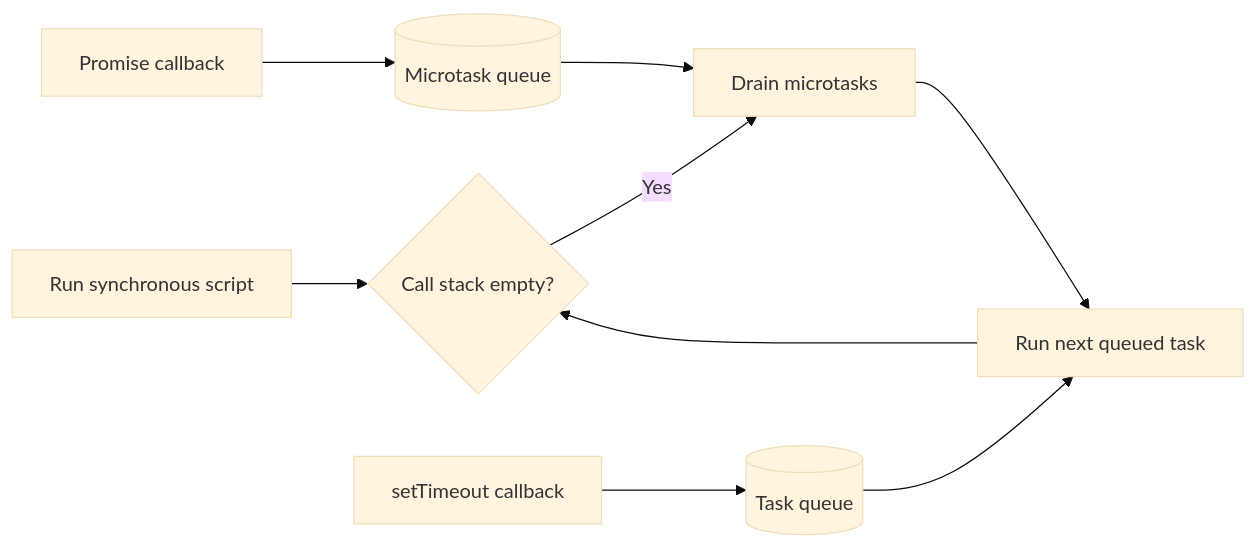
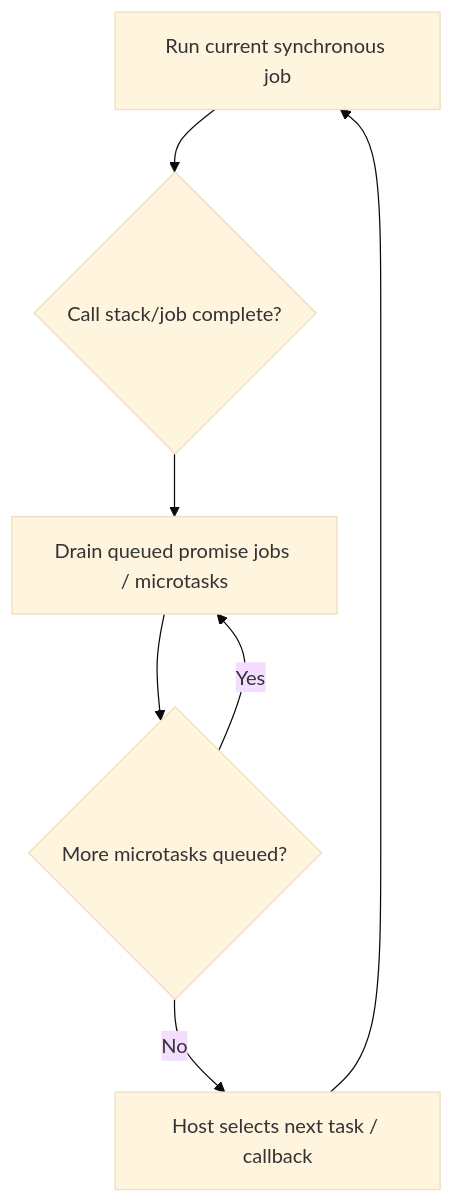
One commit to nahezsakharkar/interview-prep changed the diagram in 02-languages/javascript/javascript-essentials.md. Above: the diagram before and after it, drawn with Mermaid (base theme). The commit also changed other lines of this file and 27 other files, not shown here.

````diff
--- a/02-languages/javascript/javascript-essentials.md
+++ b/02-languages/javascript/javascript-essentials.md
@@ -31,11 +52,9 @@
 ```mermaid
-flowchart LR
-  script[Run synchronous script] --> stack{Call stack empty?}
-  promise[Promise callback] --> micro[(Microtask queue)]
-  timer[setTimeout callback] --> tasks[(Task queue)]
-  stack -->|Yes| drain[Drain microtasks]
-  micro --> drain
-  drain --> next[Run next queued task]
-  tasks --> next
-  next --> stack
+flowchart TD
+    sync[Run current synchronous job] --> empty{Call stack/job complete?}
+    empty --> micro[Drain queued promise jobs / microtasks]
+    micro --> more{More microtasks queued?}
+    more -->|Yes| micro
+    more -->|No| host[Host selects next task / callback]
+    host --> sync
 ```
````
